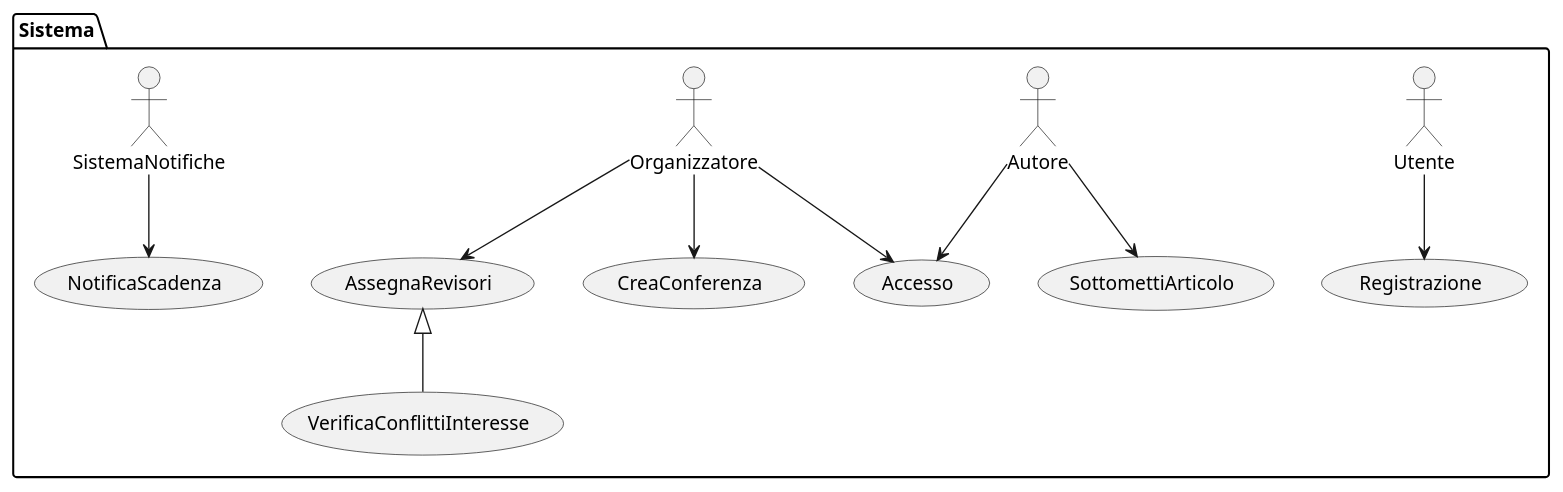
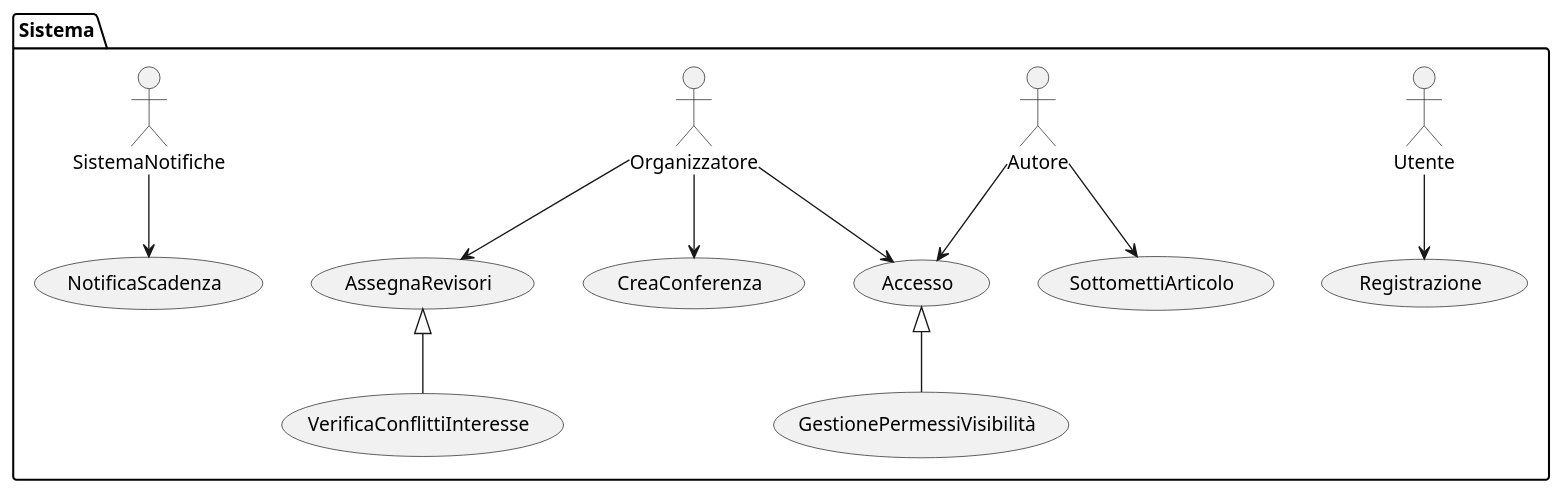
One commit to Air4x/Progetto_ISW changed the diagram in VisualParadigm/diagramma_uso.puml. Above: the diagram before and after it, drawn with PlantUML.

Commit message:
Aggiunto GestionePermessiVisibilità nel diagramma_uso

```diff
--- a/VisualParadigm/diagramma_uso.puml
+++ b/VisualParadigm/diagramma_uso.puml
@@ -1,25 +1,28 @@
 @startuml
 package Sistema {
 	actor Utente
 	actor Autore
 	actor Organizzatore
 	actor SistemaNotifiche
 
 	usecase Registrazione
 	usecase Accesso
 	usecase CreaConferenza
 	usecase SottomettiArticolo
 	usecase AssegnaRevisori
 	usecase NotificaScadenza
 	usecase VerificaConflittiInteresse
+	usecase GestionePermessiVisibilità
 }
 
 Utente --> Registrazione
 Autore --> Accesso
+Accesso <|-- GestionePermessiVisibilità
 Organizzatore --> Accesso
 Autore --> SottomettiArticolo
 Organizzatore --> CreaConferenza
 Organizzatore --> AssegnaRevisori
 AssegnaRevisori <|-- VerificaConflittiInteresse
 SistemaNotifiche --> NotificaScadenza
+
 @enduml
```
